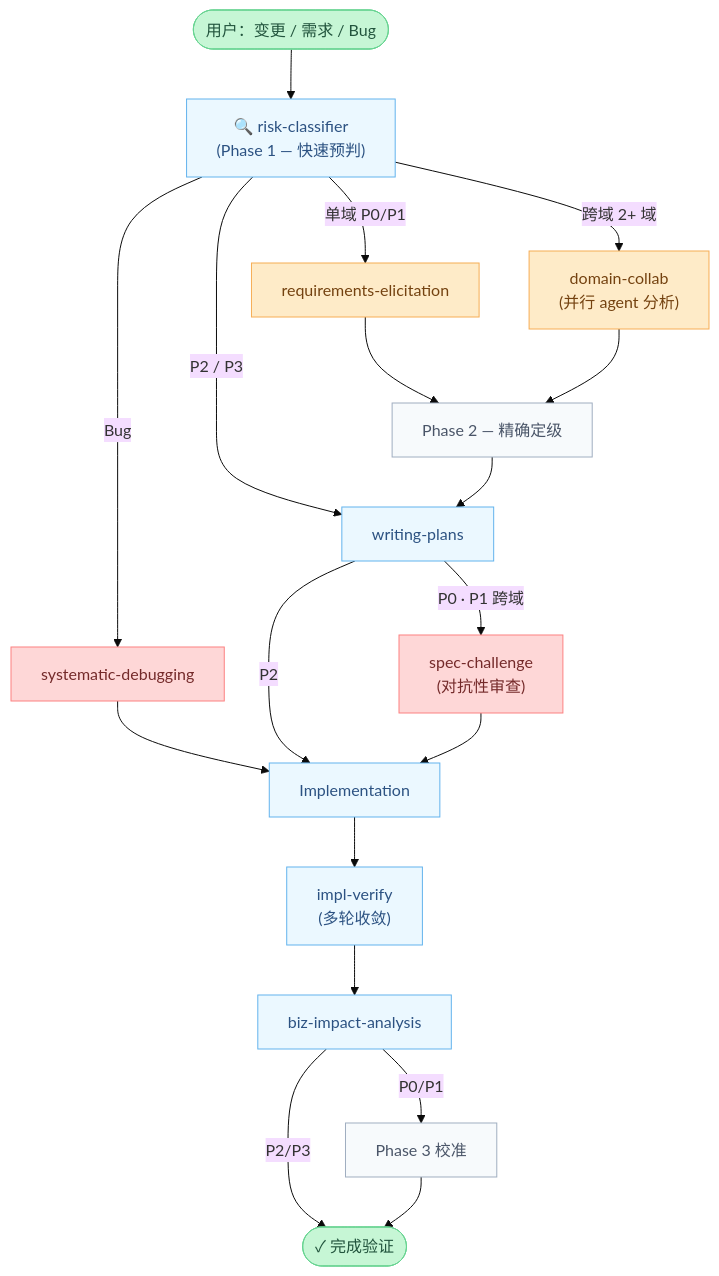
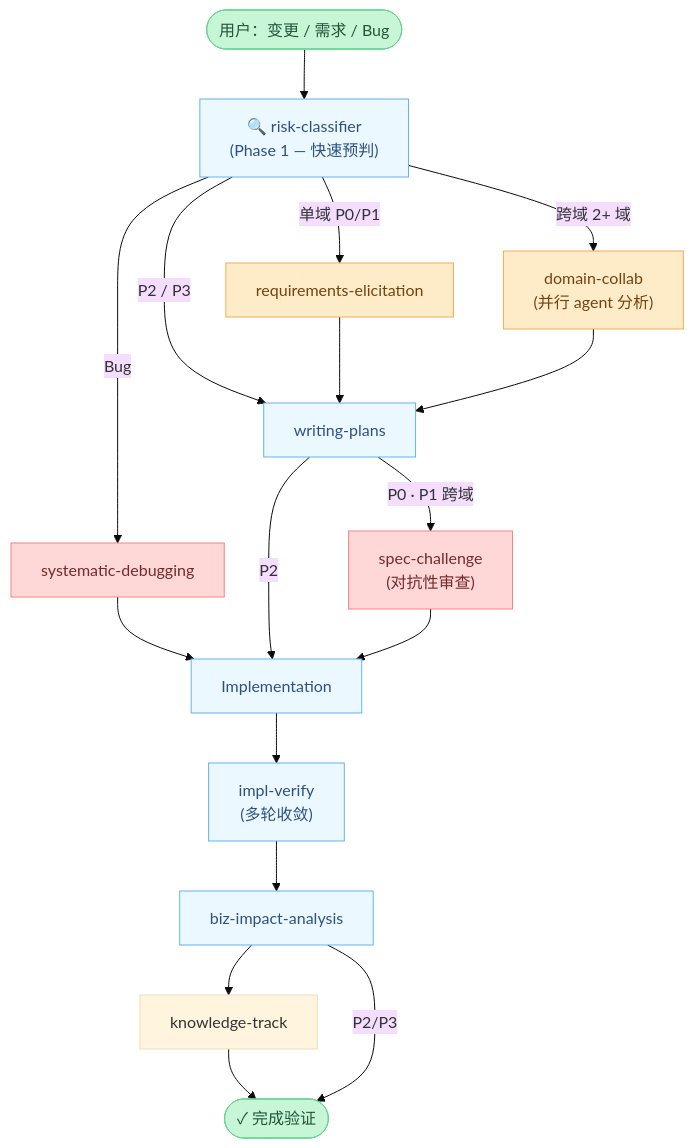
The first of 2 diagrams in README.zh-CN.md (Aimeerrhythm/enterprise-change-workflow), drawn with Mermaid (base theme) before and after one commit. The commit also changed other lines of this file and 13 other files, not shown here.

````diff
--- a/README.zh-CN.md
+++ b/README.zh-CN.md
@@ -42,43 +42,40 @@
 ```mermaid
 flowchart TD
     IN([用户：变更 / 需求 / Bug]) --> RC
 
     RC["🔍 risk-classifier\n(Phase 1 — 快速预判)"]
 
     RC -->|单域 P0/P1| RE[requirements-elicitation]
     RC -->|跨域 2+ 域| DC["domain-collab\n(并行 agent 分析)"]
     RC -->|P2 / P3| WP
     RC -->|Bug| SD[systematic-debugging]
 
-    RE --> P2[Phase 2 — 精确定级]
-    DC --> P2
-    P2 --> WP
+    RE --> WP
+    DC --> WP
 
     SD --> IMPL
 
     WP["writing-plans"] -->|P0 · P1 跨域| SC["spec-challenge\n(对抗性审查)"]
     WP -->|P2| IMPL
     SC --> IMPL
 
     IMPL[Implementation] --> IV
     IV["impl-verify\n(多轮收敛)"] --> BIA
-    BIA["biz-impact-analysis"] -->|P0/P1| CAL[Phase 3 校准]
+    BIA["biz-impact-analysis"] --> KT
+    KT["knowledge-track"] --> DONE
     BIA -->|P2/P3| DONE
-    CAL --> DONE
 
     DONE([✓ 完成验证])
 
     style RC  fill:#EBF8FF,stroke:#63B3ED,color:#2C5282
     style WP  fill:#EBF8FF,stroke:#63B3ED,color:#2C5282
     style IMPL fill:#EBF8FF,stroke:#63B3ED,color:#2C5282
     style IV  fill:#EBF8FF,stroke:#63B3ED,color:#2C5282
     style BIA fill:#EBF8FF,stroke:#63B3ED,color:#2C5282
     style RE  fill:#FEEBC8,stroke:#F6AD55,color:#744210
     style DC  fill:#FEEBC8,stroke:#F6AD55,color:#744210
     style SC  fill:#FED7D7,stroke:#FC8181,color:#742A2A
     style SD  fill:#FED7D7,stroke:#FC8181,color:#742A2A
     style IN  fill:#C6F6D5,stroke:#68D391,color:#22543D
     style DONE fill:#C6F6D5,stroke:#68D391,color:#22543D
-    style P2  fill:#F7FAFC,stroke:#A0AEC0,color:#4A5568
-    style CAL fill:#F7FAFC,stroke:#A0AEC0,color:#4A5568
 ```
````
